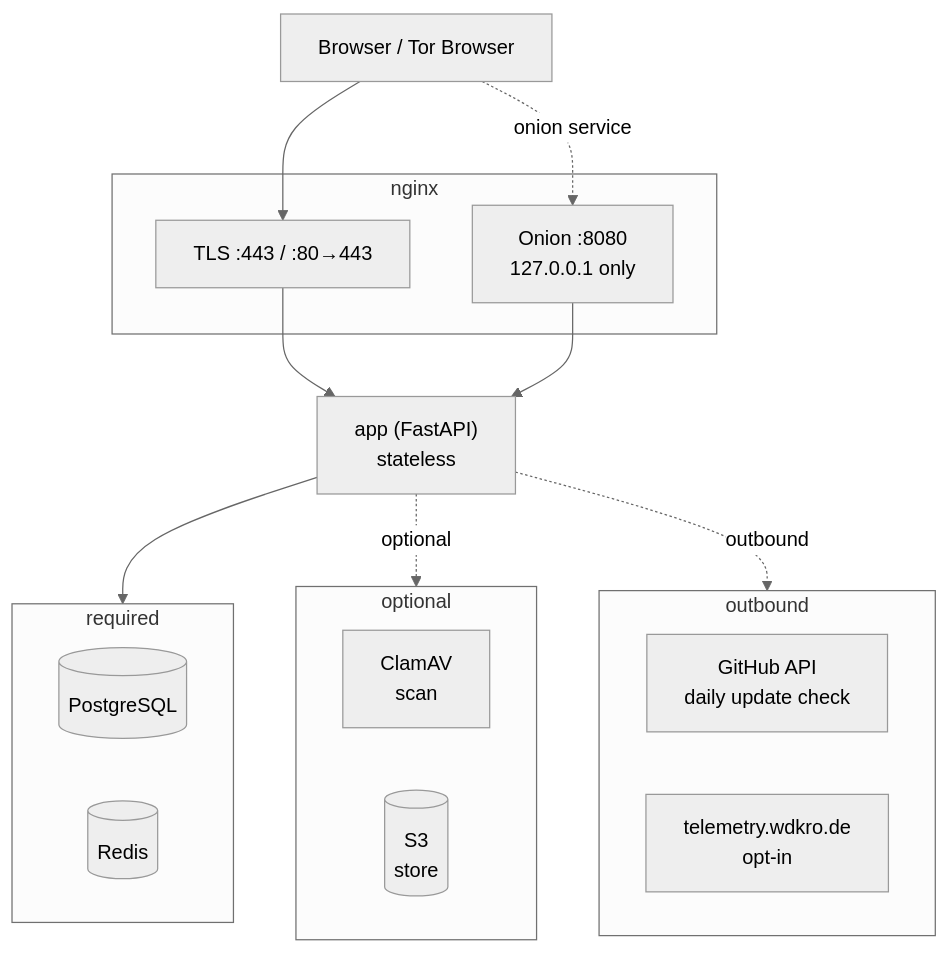
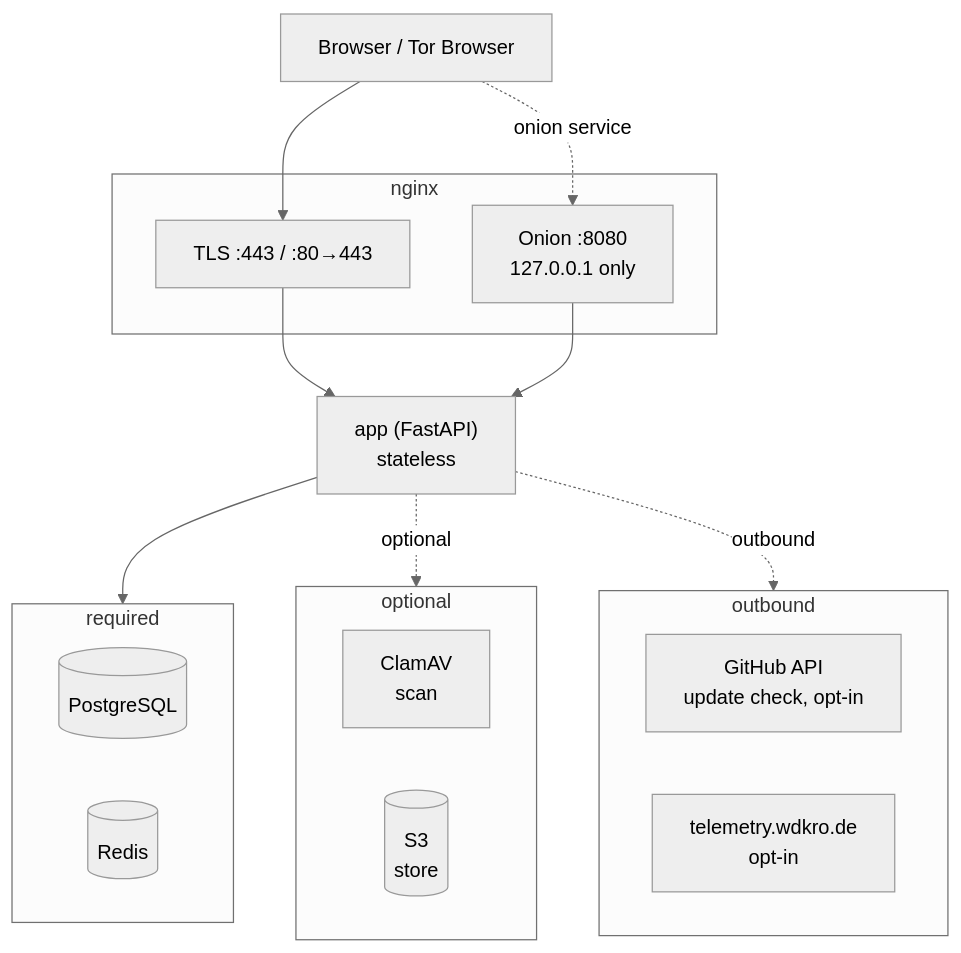
The diagram in docs/_diagrams/architecture.mmd (openwhistle/website), drawn with Mermaid (neutral theme) before and after one commit. The commit also changed 5 other files, not shown here.

First line of the commit message:
docs: show the diagrams and screenshots in docs.html, in the reader's theme

```diff
--- a/docs/_diagrams/architecture.mmd
+++ b/docs/_diagrams/architecture.mmd
@@ -1,32 +1,32 @@
 flowchart TD
     client["Browser / Tor Browser"]
 
     subgraph edge["nginx"]
         tls["TLS :443 / :80→443"]
         onion["Onion :8080<br/>127.0.0.1 only"]
     end
 
     app["app (FastAPI)<br/>stateless"]
 
     subgraph data["required"]
         pg[("PostgreSQL")]
         redis[("Redis")]
     end
 
     subgraph optional["optional"]
         clamav["ClamAV<br/>scan"]
         s3[("S3<br/>store")]
     end
 
     subgraph outbound["outbound"]
-        github["GitHub API<br/>daily update check"]
+        github["GitHub API<br/>update check, opt-in"]
         telemetry["telemetry.wdkro.de<br/>opt-in"]
     end
 
     client --> tls
     client -. onion service .-> onion
     tls --> app
     onion --> app
     app --> data
     app -. optional .-> optional
     app -. outbound .-> outbound
```
